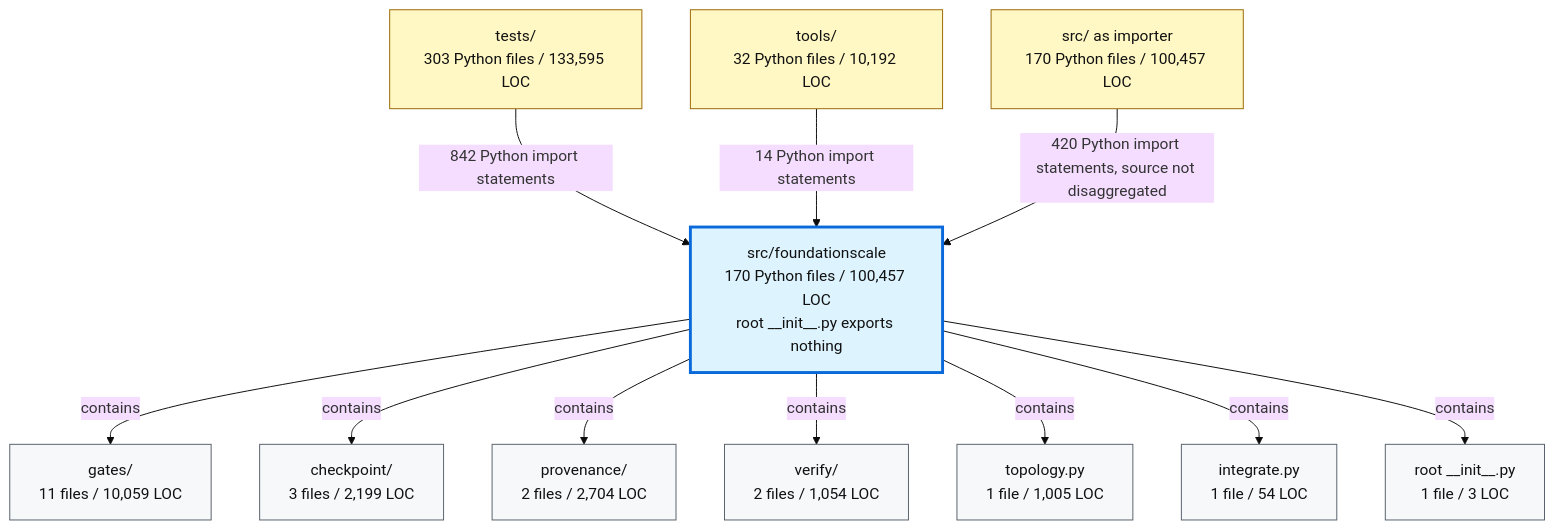
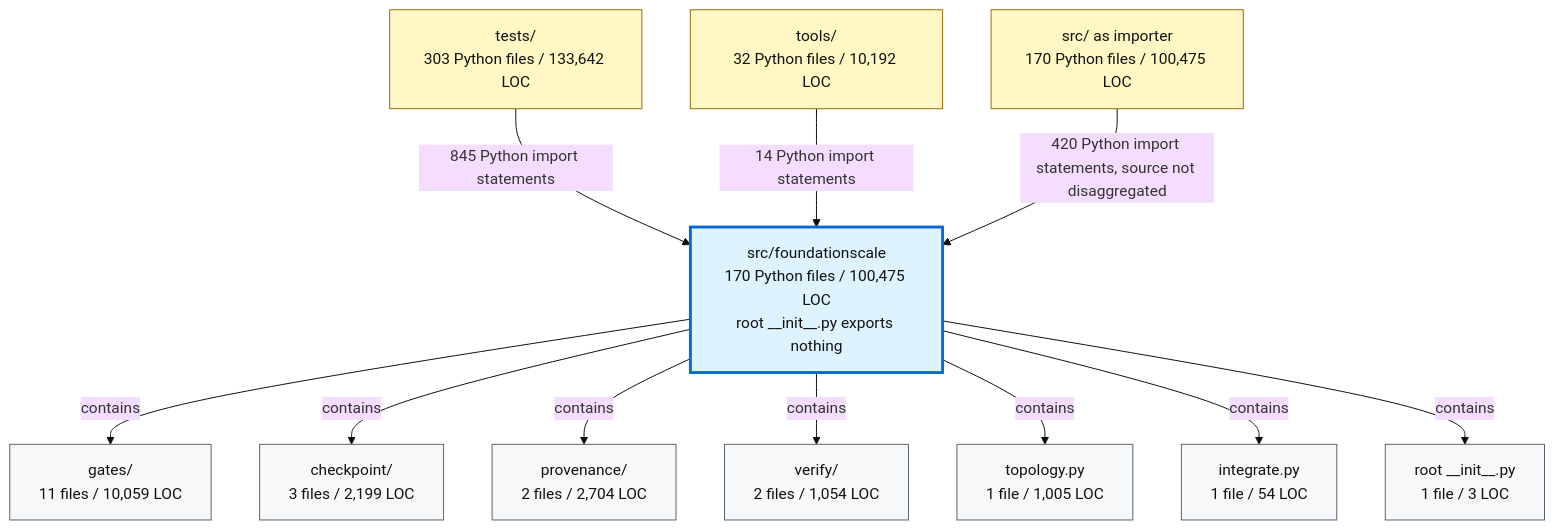
Before and after one commit to TranNhiem/FoundationScale: the second of 2 diagrams in docs/review/D2_current_architecture.md, drawn with Mermaid (base theme). The commit also changed other lines of this file and 10 other files, not shown here.

````diff
--- a/docs/review/D2_current_architecture.md
+++ b/docs/review/D2_current_architecture.md
@@ -97,36 +97,36 @@
 ```mermaid
 flowchart TB
-  TESTS["tests/<br/>303 Python files / 133,595 LOC"]
+  TESTS["tests/<br/>303 Python files / 133,642 LOC"]
   TOOLS["tools/<br/>32 Python files / 10,192 LOC"]
-  SRC["src/ as importer<br/>170 Python files / 100,457 LOC"]
+  SRC["src/ as importer<br/>170 Python files / 100,475 LOC"]
 
-  FS["src/foundationscale<br/>170 Python files / 100,457 LOC<br/>root __init__.py exports nothing"]
+  FS["src/foundationscale<br/>170 Python files / 100,475 LOC<br/>root __init__.py exports nothing"]
 
   GATES["gates/<br/>11 files / 10,059 LOC"]
   CKPT["checkpoint/<br/>3 files / 2,199 LOC"]
   PROV["provenance/<br/>2 files / 2,704 LOC"]
   VERIFY["verify/<br/>2 files / 1,054 LOC"]
   TOPO["topology.py<br/>1 file / 1,005 LOC"]
   INTEG["integrate.py<br/>1 file / 54 LOC"]
   ROOT["root __init__.py<br/>1 file / 3 LOC"]
 
-  TESTS -->|"842 Python import statements"| FS
+  TESTS -->|"845 Python import statements"| FS
   TOOLS -->|"14 Python import statements"| FS
   SRC -->|"420 Python import statements, source not disaggregated"| FS
 
   FS -->|"contains"| GATES
   FS -->|"contains"| CKPT
   FS -->|"contains"| PROV
   FS -->|"contains"| VERIFY
   FS -->|"contains"| TOPO
   FS -->|"contains"| INTEG
   FS -->|"contains"| ROOT
 
   classDef consumer fill:#fff8c5,stroke:#9a6700,color:#111;
   classDef package fill:#ddf4ff,stroke:#0969da,stroke-width:3px,color:#111;
   classDef module fill:#f6f8fa,stroke:#57606a,color:#111;
 
   class TESTS,TOOLS,SRC consumer;
   class FS package;
   class GATES,CKPT,PROV,VERIFY,TOPO,INTEG,ROOT module;
 ```
````
